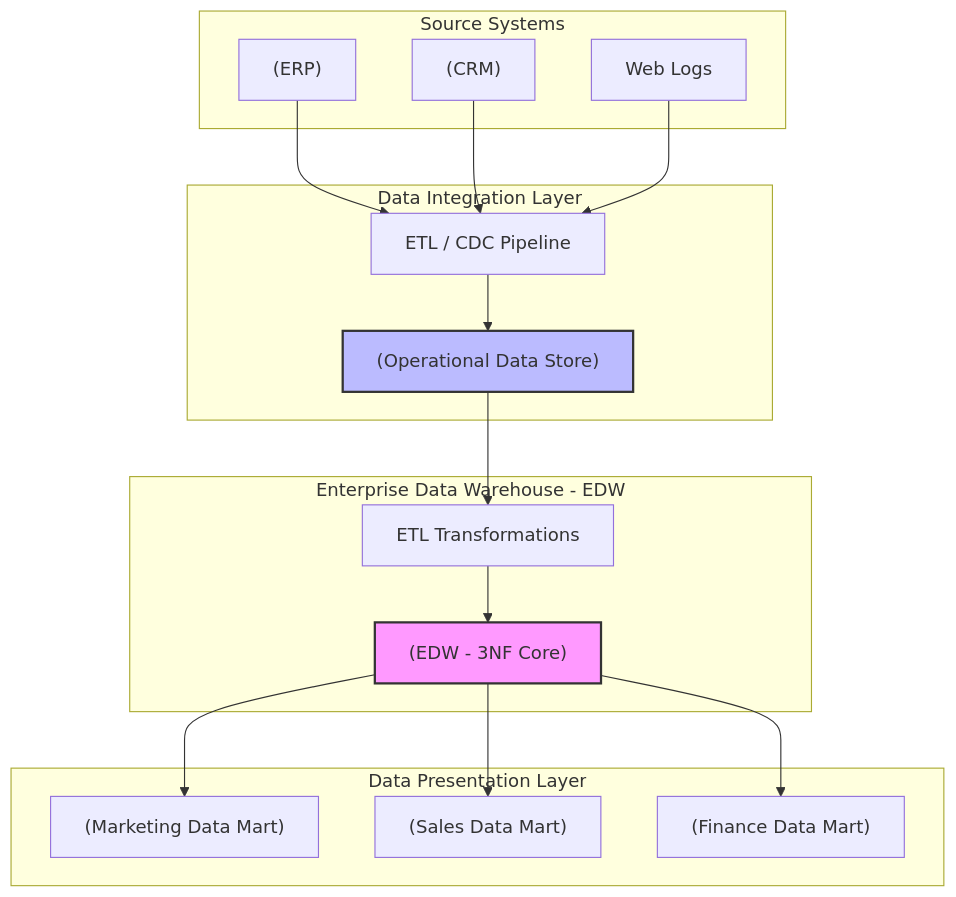
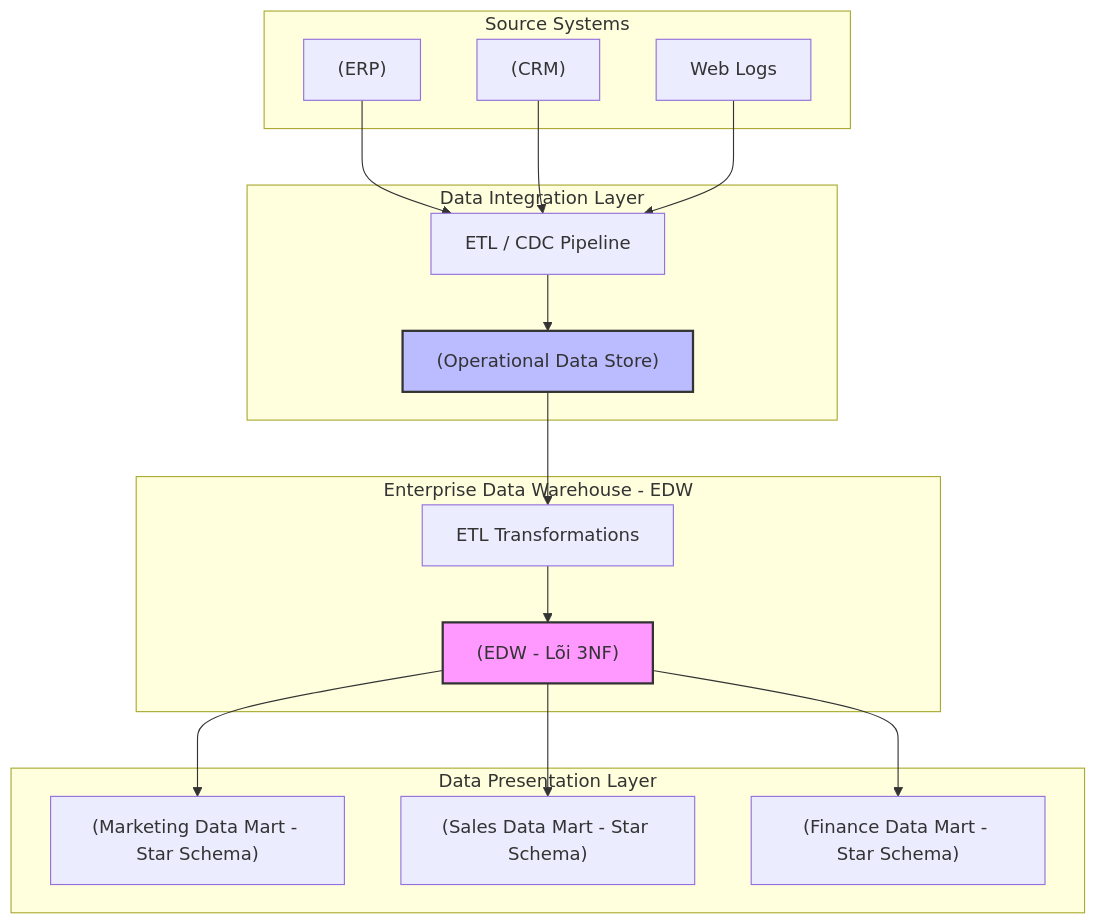
One commit to kythuatdulieu/kythuatdulieu.github.io changed the diagram in src/content/docs/concepts/6-data-modeling-transformation/inmon-methodology.md. Above: the diagram before and after it, drawn with Mermaid. The commit also changed other lines of this file and 213 other files, not shown here.

Commit message:
Fix syntax and rewrite 200+ concepts docs to deep-dive system architecture and add GA4 tracking to quiz app

````diff
--- a/src/content/docs/concepts/6-data-modeling-transformation/inmon-methodology.md
+++ b/src/content/docs/concepts/6-data-modeling-transformation/inmon-methodology.md
@@ -20,33 +22,33 @@
 ```mermaid
 graph TD
     subgraph Source Systems
         ERP["(ERP)"]
         CRM["(CRM)"]
         Log["Web Logs"]
     end
 
     subgraph Data Integration Layer
         ETL1["ETL / CDC Pipeline"]
         ODS["(Operational Data Store)"]
     end
 
     subgraph Enterprise Data Warehouse - EDW
         ETL2["ETL Transformations"]
-        EDW["(EDW - 3NF Core)"]
+        EDW["(EDW - Lõi 3NF)"]
     end
 
     subgraph Data Presentation Layer
-        DM1["(Marketing Data Mart)"]
-        DM2["(Sales Data Mart)"]
-        DM3["(Finance Data Mart)"]
+        DM1["(Marketing Data Mart - Star Schema)"]
+        DM2["(Sales Data Mart - Star Schema)"]
+        DM3["(Finance Data Mart - Star Schema)"]
     end
 
     ERP & CRM & Log --> ETL1
     ETL1 --> ODS
     ODS --> ETL2
     ETL2 --> EDW
     EDW --> DM1 & DM2 & DM3
 
     style EDW fill:#f9f,stroke:#333,stroke-width:2px
     style ODS fill:#bbf,stroke:#333,stroke-width:2px
 ```
````
